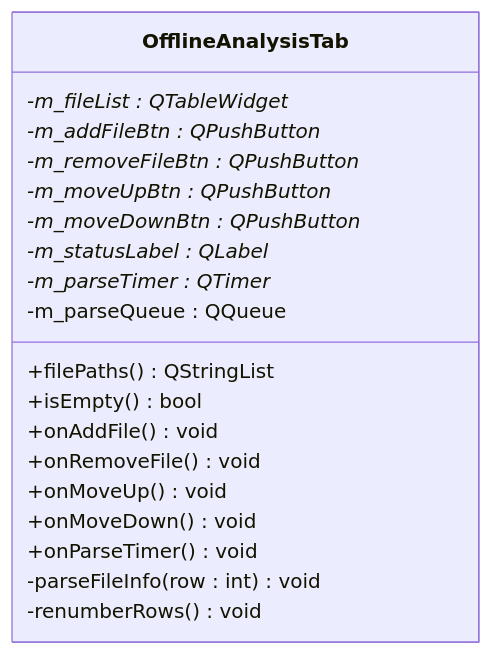
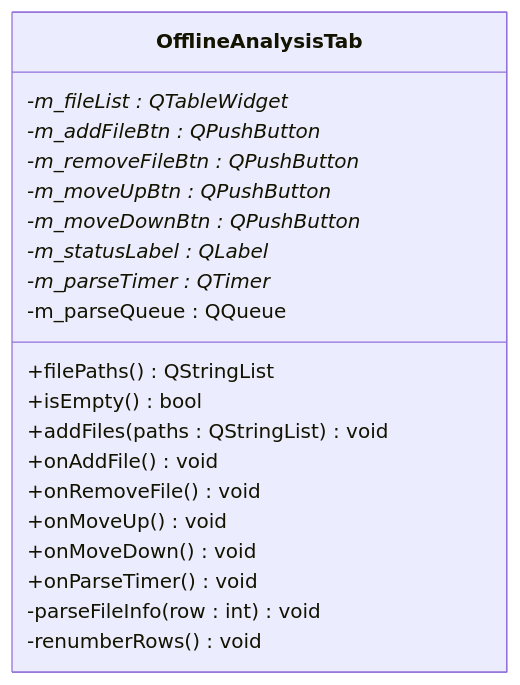
Before and after one commit to jakecai1225-design/OpenBus: the third of 5 diagrams in .qoder/repowiki/zh/content/架构设计/UI系统设计/离线分析Tab组件.md, drawn with Mermaid. The commit also changed other lines of this file and 12 other files, not shown here.

Commit message:
graphic回放bug

````diff
--- a/.qoder/repowiki/zh/content/架构设计/UI系统设计/离线分析Tab组件.md
+++ b/.qoder/repowiki/zh/content/架构设计/UI系统设计/离线分析Tab组件.md
@@ -151,22 +173,23 @@
 ```mermaid
 classDiagram
 class OfflineAnalysisTab {
 +filePaths() QStringList
 +isEmpty() bool
++addFiles(paths : QStringList) void
 -m_fileList : QTableWidget*
 -m_addFileBtn : QPushButton*
 -m_removeFileBtn : QPushButton*
 -m_moveUpBtn : QPushButton*
 -m_moveDownBtn : QPushButton*
 -m_statusLabel : QLabel*
 -m_parseTimer : QTimer*
 -m_parseQueue : QQueue<int>
 +onAddFile() void
 +onRemoveFile() void
 +onMoveUp() void
 +onMoveDown() void
 +onParseTimer() void
 -parseFileInfo(row : int) void
 -renumberRows() void
 }
 ```
````
